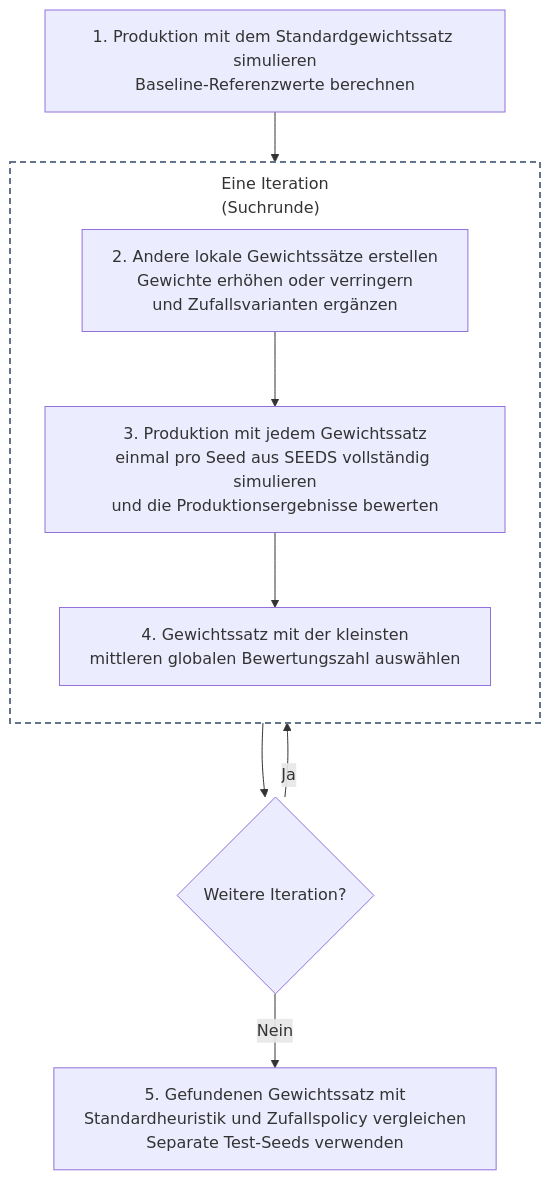
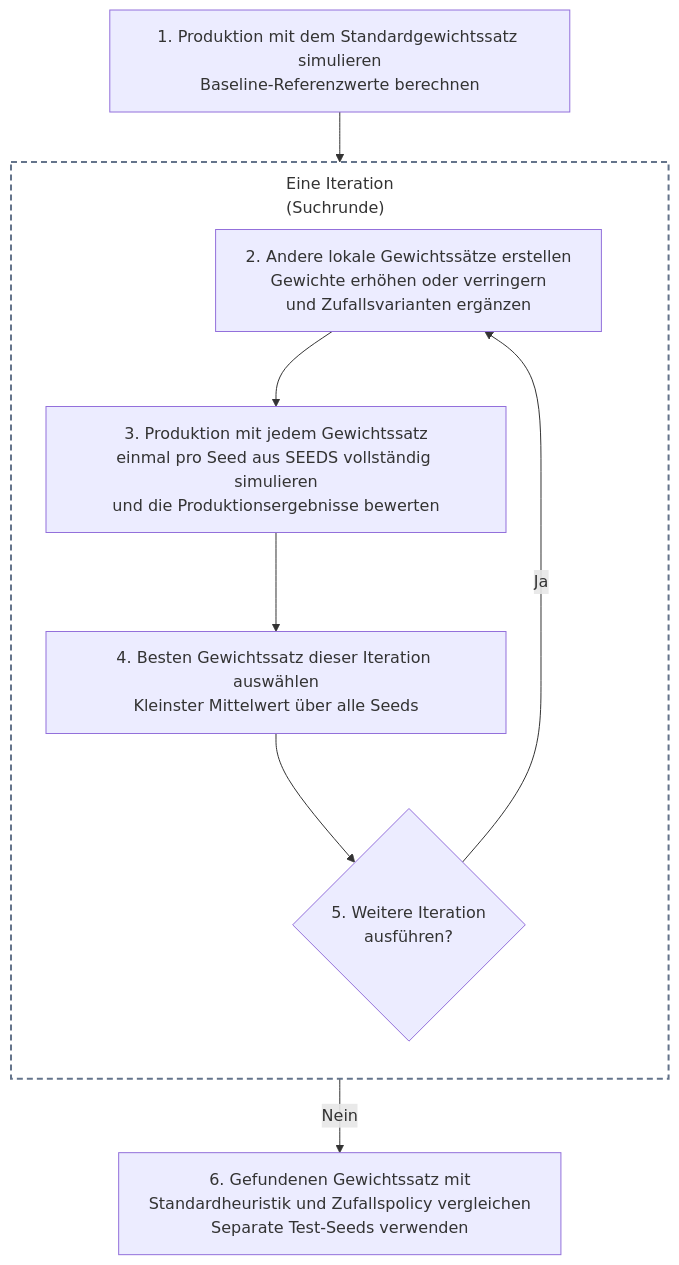
Diagram 13 of 15 in README.md (ghackenberg/SpineML), drawn with Mermaid before and after one commit. The commit also changed other lines of this file, not shown here.

Commit message:
Number iteration continuation as step five and give it a dedicated section

````diff
--- a/README.md
+++ b/README.md
@@ -2035,27 +2035,27 @@
 ```mermaid
 ---
 config:
   flowchart:
     wrappingWidth: 400
     rankSpacing: 50
     subGraphTitleMargin:
       top: 10
       bottom: 20
 ---
 flowchart TD
     A["1. Produktion mit dem Standardgewichtssatz simulieren<br/>Baseline-Referenzwerte berechnen"]
 
     subgraph Iteration["Eine Iteration<br/>(Suchrunde)"]
         direction TB
         B["2. Andere lokale Gewichtssätze erstellen<br/>Gewichte erhöhen oder verringern<br/>und Zufallsvarianten ergänzen"]
         B --> C["3. Produktion mit jedem Gewichtssatz<br/>einmal pro Seed aus SEEDS vollständig simulieren<br/>und die Produktionsergebnisse bewerten"]
-        C --> D["4. Gewichtssatz mit der kleinsten<br/>mittleren globalen Bewertungszahl auswählen"]
+        C --> D["4. Besten Gewichtssatz dieser Iteration auswählen<br/>Kleinster Mittelwert über alle Seeds"]
+        D --> E{"5. Weitere Iteration<br/>ausführen?"}
     end
 
     A --> B
-    D --> E{"Weitere Iteration?"}
     E -- Ja --> B
-    E -- Nein --> F["5. Gefundenen Gewichtssatz mit<br/>Standardheuristik und Zufallspolicy vergleichen<br/>Separate Test-Seeds verwenden"]
+    E -- Nein --> F["6. Gefundenen Gewichtssatz mit<br/>Standardheuristik und Zufallspolicy vergleichen<br/>Separate Test-Seeds verwenden"]
 
     style Iteration fill:transparent,stroke:#64748b,stroke-width:2px,stroke-dasharray:6 4
 ```
````
